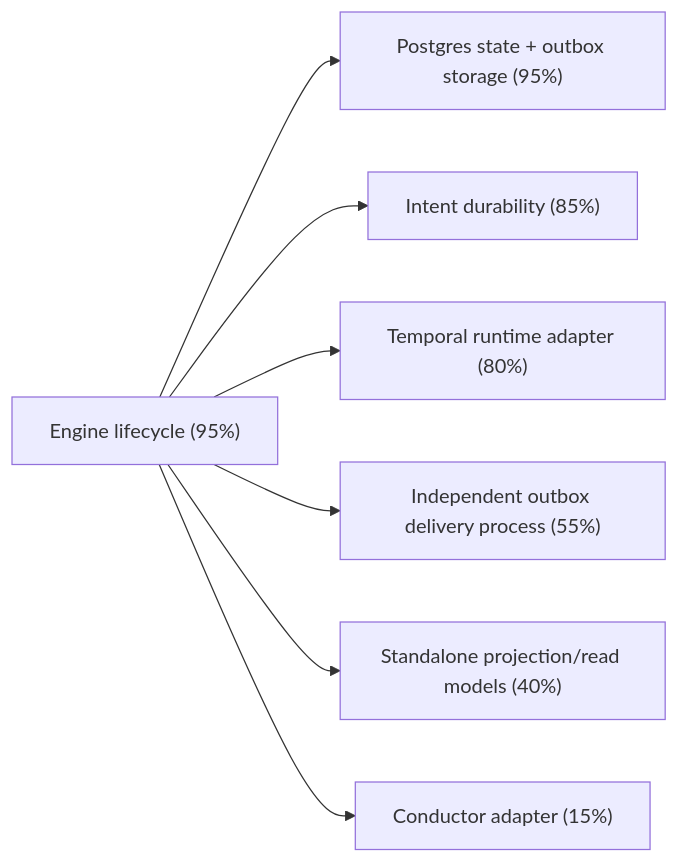
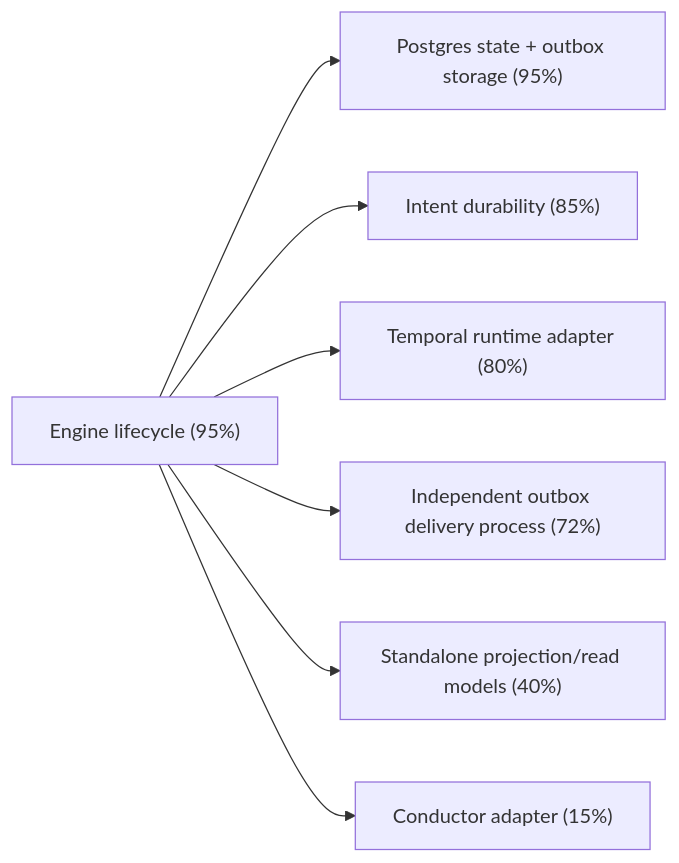
Before and after one commit to dunay2/dvt: the fourth of 4 diagrams in docs/architecture/engine/c4-engine.md, drawn with Mermaid. The commit also changed other lines of this file and 117 other files, not shown here.

````diff
--- a/docs/architecture/engine/c4-engine.md
+++ b/docs/architecture/engine/c4-engine.md
@@ -158,9 +158,9 @@
 ```mermaid
 flowchart LR
   E["Engine lifecycle (95%)"] --> P["Postgres state + outbox storage (95%)"]
   E --> I["Intent durability (85%)"]
   E --> T["Temporal runtime adapter (80%)"]
-  E --> O["Independent outbox delivery process (55%)"]
+  E --> O["Independent outbox delivery process (72%)"]
   E --> R["Standalone projection/read models (40%)"]
   E --> C["Conductor adapter (15%)"]
 ```
````
